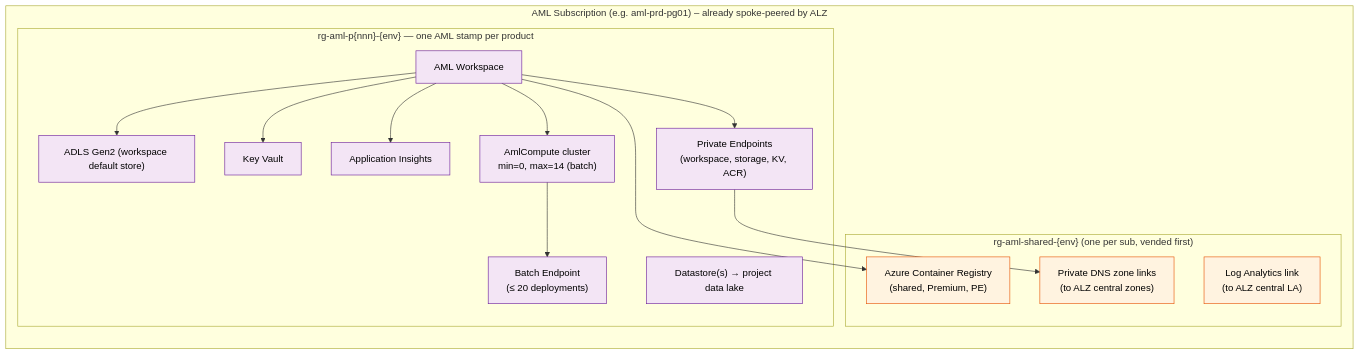
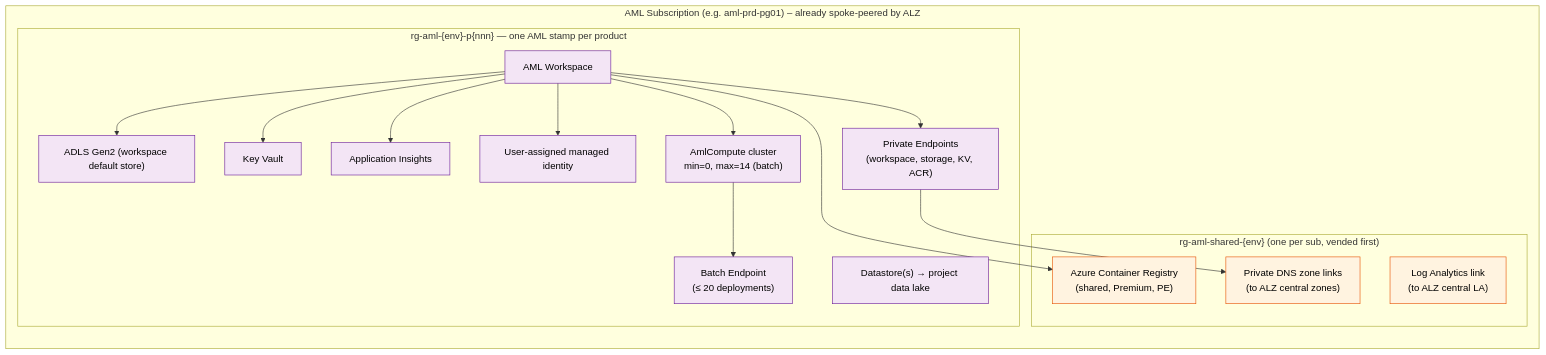
One commit to ManojNair/AMLArchitecture changed the second of 3 diagrams in docs/AML-Scale-Out-Architecture.md. Above: the diagram before and after it, drawn with Mermaid. The commit also changed other lines of this file and 1 other file, not shown here.

````diff
--- a/docs/AML-Scale-Out-Architecture.md
+++ b/docs/AML-Scale-Out-Architecture.md
@@ -102,33 +102,35 @@
 ```mermaid
 flowchart LR
     subgraph SUB["AML Subscription (e.g. aml-prd-pg01) – already spoke-peered by ALZ"]
         direction TB
         subgraph SHARED["rg-aml-shared-{env} (one per sub, vended first)"]
             ACR["Azure Container Registry<br/>(shared, Premium, PE)"]
             DNSLINK["Private DNS zone links<br/>(to ALZ central zones)"]
             LAW["Log Analytics link<br/>(to ALZ central LA)"]
         end
-        subgraph STAMP["rg-aml-p{nnn}-{env} — one AML stamp per product"]
+        subgraph STAMP["rg-aml-{env}-p{nnn} — one AML stamp per product"]
             WS["AML Workspace"]
             ST["ADLS Gen2 (workspace default store)"]
             KV["Key Vault"]
             AI["Application Insights"]
+            MI["User-assigned managed identity"]
             CC["AmlCompute cluster<br/>min=0, max=14 (batch)"]
             BEP["Batch Endpoint<br/>(≤ 20 deployments)"]
             DS["Datastore(s) → project data lake"]
             PE["Private Endpoints<br/>(workspace, storage, KV, ACR)"]
         end
         WS --> ST
         WS --> KV
         WS --> AI
+        WS --> MI
         WS --> ACR
         WS --> CC
         CC --> BEP
         WS --> PE
         PE --> DNSLINK
     end
     classDef shared fill:#fff3e0,stroke:#e65100,color:#000
     classDef stamp fill:#f3e5f5,stroke:#6a1b9a,color:#000
     class ACR,DNSLINK,LAW shared
-    class WS,ST,KV,AI,CC,BEP,DS,PE stamp
+    class WS,ST,KV,AI,MI,CC,BEP,DS,PE stamp
 ```
````
